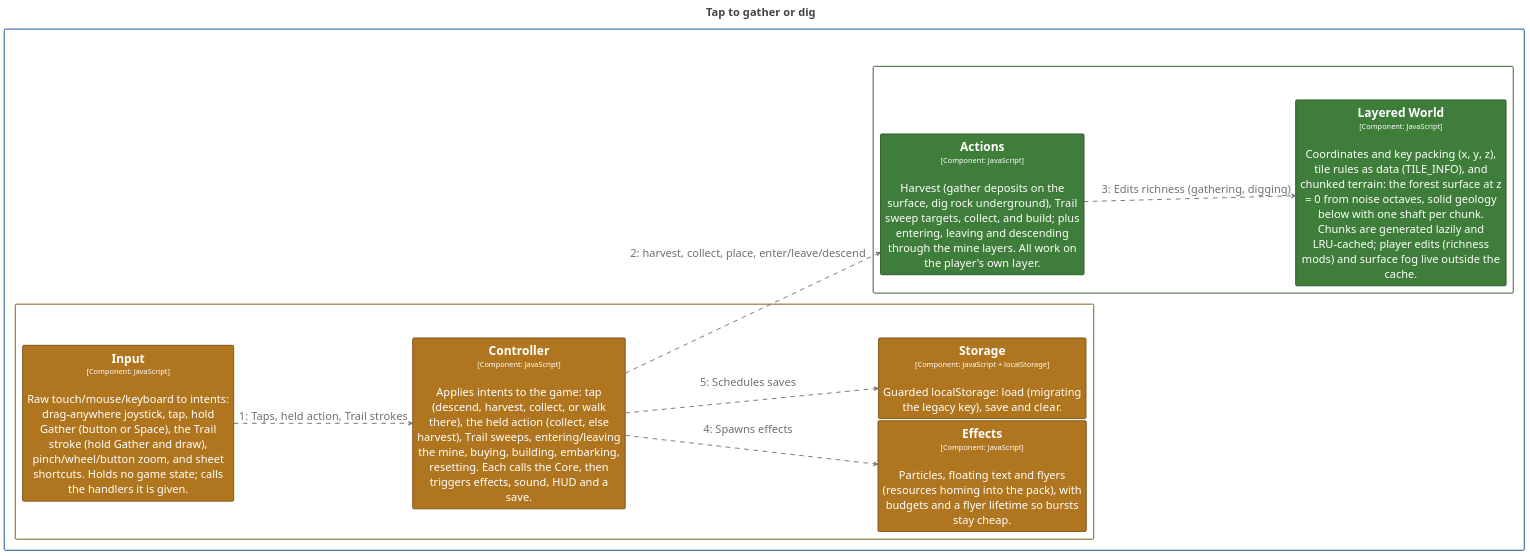
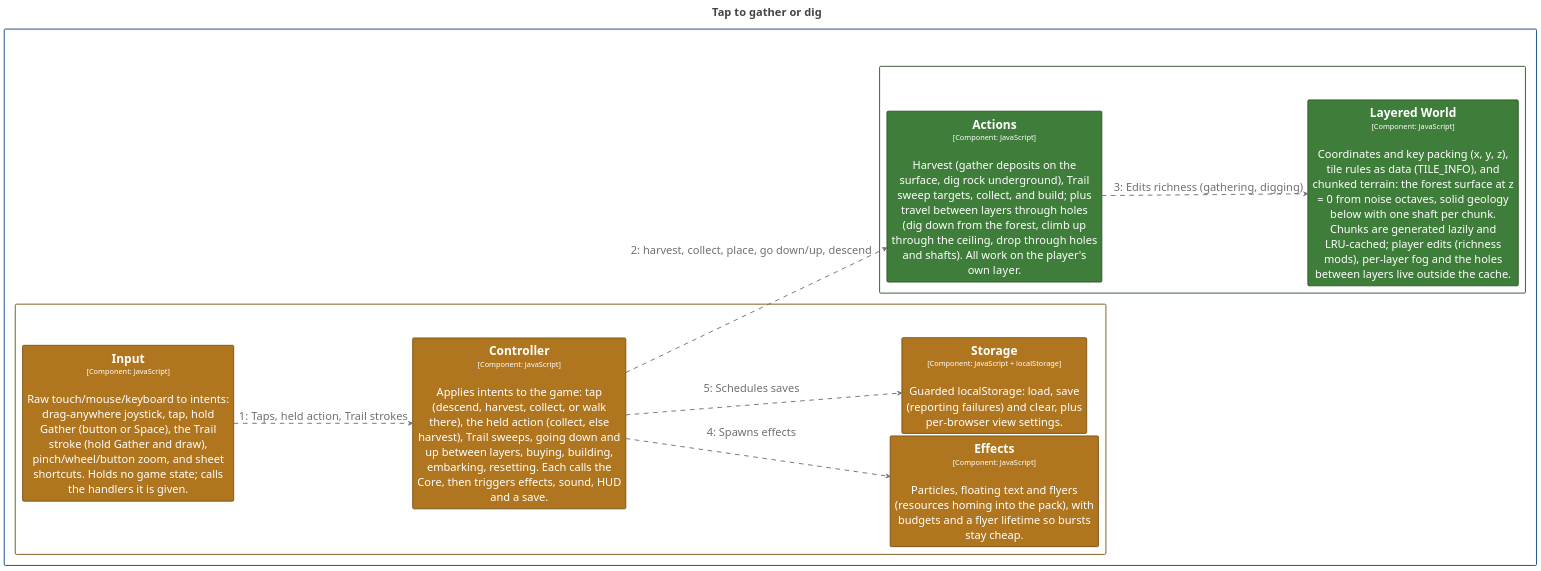
One commit to bitkojine/more-than-enough changed the diagram in structurizr/diagrams/CollectFlow.puml. Above: the diagram before and after it, drawn with PlantUML. The commit also changed 34 other files, not shown here.

First line of the commit message:
v0.22.0: holes between layers, mine fog, layer cutaway

```diff
--- a/structurizr/diagrams/CollectFlow.puml
+++ b/structurizr/diagrams/CollectFlow.puml
@@ -2,104 +2,104 @@
 @startuml
 title <size:24>Tap to gather or dig</size>
 
 set separator none
 left to right direction
 skinparam ranksep 20
 skinparam nodesep 5
 hide stereotype
 
 <style>
   root {
     BackgroundColor: #ffffff;
     FontColor: #444444;
   }
   // Element,Component,Core Engine
   .Element-RWxlbWVudCxDb21wb25lbnQsQ29yZSBFbmdpbmU= {
     BackgroundColor: #3f7d3a;
     LineColor: #2c5728;
     LineStyle: 0;
     LineThickness: 2;
     FontColor: #ffffff;
     FontSize: 24;
     HorizontalAlignment: center;
     Shadowing: 0;
     MaximumWidth: 450;
   }
   // Element,Component,Presentation
   .Element-RWxlbWVudCxDb21wb25lbnQsUHJlc2VudGF0aW9u {
     BackgroundColor: #b0761f;
     LineColor: #7b5215;
     LineStyle: 0;
     LineThickness: 2;
     FontColor: #ffffff;
     FontSize: 24;
     HorizontalAlignment: center;
     Shadowing: 0;
     MaximumWidth: 450;
   }
   // Relationship
   .Relationship-UmVsYXRpb25zaGlw {
     LineThickness: 2;
     LineStyle: 10-10;
     LineColor: #707070;
     FontColor: #707070;
     FontSize: 24;
     MaximumWidth: 200;
   }
   // MORE THAN ENOUGH
   .Boundary-TU9SRSBUSEFOIEVOT1VHSA== {
     BackgroundColor: #ffffff;
     LineColor: #0b4884;
     LineStyle: 0;
     LineThickness: 2;
     FontColor: #ffffff;
     FontSize: 24;
     HorizontalAlignment: center;
     Shadowing: 0;
   }
   // Simulation Core
   .Boundary-U2ltdWxhdGlvbiBDb3Jl {
     BackgroundColor: #ffffff;
     LineColor: #2c5728;
     LineStyle: 0;
     LineThickness: 2;
     FontColor: #ffffff;
     FontSize: 24;
     HorizontalAlignment: center;
     Shadowing: 0;
   }
   // Web Application
   .Boundary-V2ViIEFwcGxpY2F0aW9u {
     BackgroundColor: #ffffff;
     LineColor: #7b5215;
     LineStyle: 0;
     LineThickness: 2;
     FontColor: #ffffff;
     FontSize: 24;
     HorizontalAlignment: center;
     Shadowing: 0;
   }
 </style>
 
 rectangle "MORE THAN ENOUGH\n<size:16>[Software System]</size>" <<Boundary-TU9SRSBUSEFOIEVOT1VHSA==>> {
   rectangle "Simulation Core\n<size:16>[Container: JavaScript modules (browser + Node)]</size>" <<Boundary-U2ltdWxhdGlvbiBDb3Jl>> {
-    rectangle "==Layered World\n<size:16>[Component: JavaScript]</size>\n\nCoordinates and key packing (x, y, z), tile rules as data (TILE_INFO), and chunked terrain: the forest surface at z = 0 from noise octaves, solid geology below with one shaft per chunk. Chunks are generated lazily and LRU-cached; player edits (richness mods) and surface fog live outside the cache." <<Element-RWxlbWVudCxDb21wb25lbnQsQ29yZSBFbmdpbmU=>> as MORETHANENOUGH.SimulationCore.LayeredWorld
-    rectangle "==Actions\n<size:16>[Component: JavaScript]</size>\n\nHarvest (gather deposits on the surface, dig rock underground), Trail sweep targets, collect, and build; plus entering, leaving and descending through the mine layers. All work on the player's own layer." <<Element-RWxlbWVudCxDb21wb25lbnQsQ29yZSBFbmdpbmU=>> as MORETHANENOUGH.SimulationCore.Actions
+    rectangle "==Layered World\n<size:16>[Component: JavaScript]</size>\n\nCoordinates and key packing (x, y, z), tile rules as data (TILE_INFO), and chunked terrain: the forest surface at z = 0 from noise octaves, solid geology below with one shaft per chunk. Chunks are generated lazily and LRU-cached; player edits (richness mods), per-layer fog and the holes between layers live outside the cache." <<Element-RWxlbWVudCxDb21wb25lbnQsQ29yZSBFbmdpbmU=>> as MORETHANENOUGH.SimulationCore.LayeredWorld
+    rectangle "==Actions\n<size:16>[Component: JavaScript]</size>\n\nHarvest (gather deposits on the surface, dig rock underground), Trail sweep targets, collect, and build; plus travel between layers through holes (dig down from the forest, climb up through the ceiling, drop through holes and shafts). All work on the player's own layer." <<Element-RWxlbWVudCxDb21wb25lbnQsQ29yZSBFbmdpbmU=>> as MORETHANENOUGH.SimulationCore.Actions
   }
 
   rectangle "Web Application\n<size:16>[Container: HTML/CSS/JavaScript modules]</size>" <<Boundary-V2ViIEFwcGxpY2F0aW9u>> {
     rectangle "==Effects\n<size:16>[Component: JavaScript]</size>\n\nParticles, floating text and flyers (resources homing into the pack), with budgets and a flyer lifetime so bursts stay cheap." <<Element-RWxlbWVudCxDb21wb25lbnQsUHJlc2VudGF0aW9u>> as MORETHANENOUGH.WebApplication.Effects
-    rectangle "==Storage\n<size:16>[Component: JavaScript + localStorage]</size>\n\nGuarded localStorage: load (migrating the legacy key), save and clear." <<Element-RWxlbWVudCxDb21wb25lbnQsUHJlc2VudGF0aW9u>> as MORETHANENOUGH.WebApplication.Storage
+    rectangle "==Storage\n<size:16>[Component: JavaScript + localStorage]</size>\n\nGuarded localStorage: load, save (reporting failures) and clear, plus per-browser view settings." <<Element-RWxlbWVudCxDb21wb25lbnQsUHJlc2VudGF0aW9u>> as MORETHANENOUGH.WebApplication.Storage
     rectangle "==Input\n<size:16>[Component: JavaScript]</size>\n\nRaw touch/mouse/keyboard to intents: drag-anywhere joystick, tap, hold Gather (button or Space), the Trail stroke (hold Gather and draw), pinch/wheel/button zoom, and sheet shortcuts. Holds no game state; calls the handlers it is given." <<Element-RWxlbWVudCxDb21wb25lbnQsUHJlc2VudGF0aW9u>> as MORETHANENOUGH.WebApplication.Input
-    rectangle "==Controller\n<size:16>[Component: JavaScript]</size>\n\nApplies intents to the game: tap (descend, harvest, collect, or walk there), the held action (collect, else harvest), Trail sweeps, entering/leaving the mine, buying, building, embarking, resetting. Each calls the Core, then triggers effects, sound, HUD and a save." <<Element-RWxlbWVudCxDb21wb25lbnQsUHJlc2VudGF0aW9u>> as MORETHANENOUGH.WebApplication.Controller
+    rectangle "==Controller\n<size:16>[Component: JavaScript]</size>\n\nApplies intents to the game: tap (descend, harvest, collect, or walk there), the held action (collect, else harvest), Trail sweeps, going down and up between layers, buying, building, embarking, resetting. Each calls the Core, then triggers effects, sound, HUD and a save." <<Element-RWxlbWVudCxDb21wb25lbnQsUHJlc2VudGF0aW9u>> as MORETHANENOUGH.WebApplication.Controller
   }
 
 }
 
 MORETHANENOUGH.WebApplication.Input --> MORETHANENOUGH.WebApplication.Controller <<Relationship-UmVsYXRpb25zaGlw>> : "1: Taps, held action, Trail strokes"
-MORETHANENOUGH.WebApplication.Controller --> MORETHANENOUGH.SimulationCore.Actions <<Relationship-UmVsYXRpb25zaGlw>> : "2: harvest, collect, place, enter/leave/descend"
+MORETHANENOUGH.WebApplication.Controller --> MORETHANENOUGH.SimulationCore.Actions <<Relationship-UmVsYXRpb25zaGlw>> : "2: harvest, collect, place, go down/up, descend"
 MORETHANENOUGH.SimulationCore.Actions --> MORETHANENOUGH.SimulationCore.LayeredWorld <<Relationship-UmVsYXRpb25zaGlw>> : "3: Edits richness (gathering, digging)"
 MORETHANENOUGH.WebApplication.Controller --> MORETHANENOUGH.WebApplication.Effects <<Relationship-UmVsYXRpb25zaGlw>> : "4: Spawns effects"
 MORETHANENOUGH.WebApplication.Controller --> MORETHANENOUGH.WebApplication.Storage <<Relationship-UmVsYXRpb25zaGlw>> : "5: Schedules saves"
 
 @enduml
```
